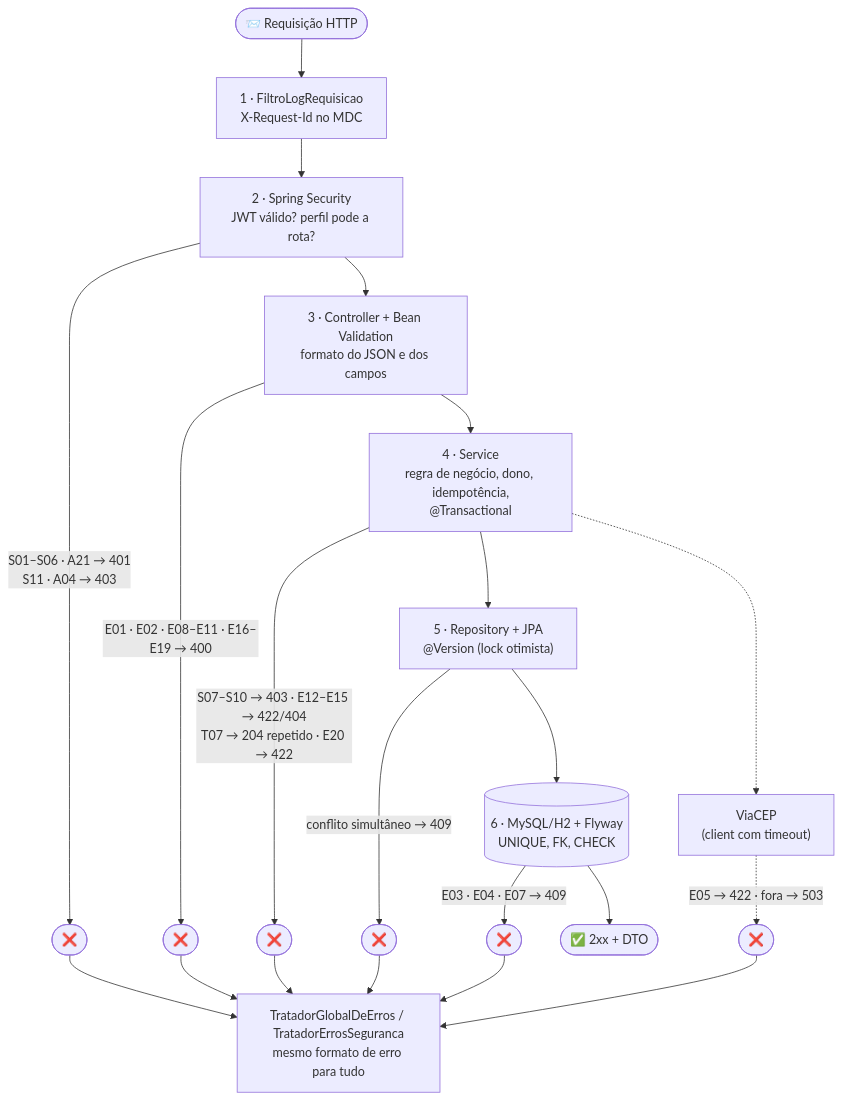
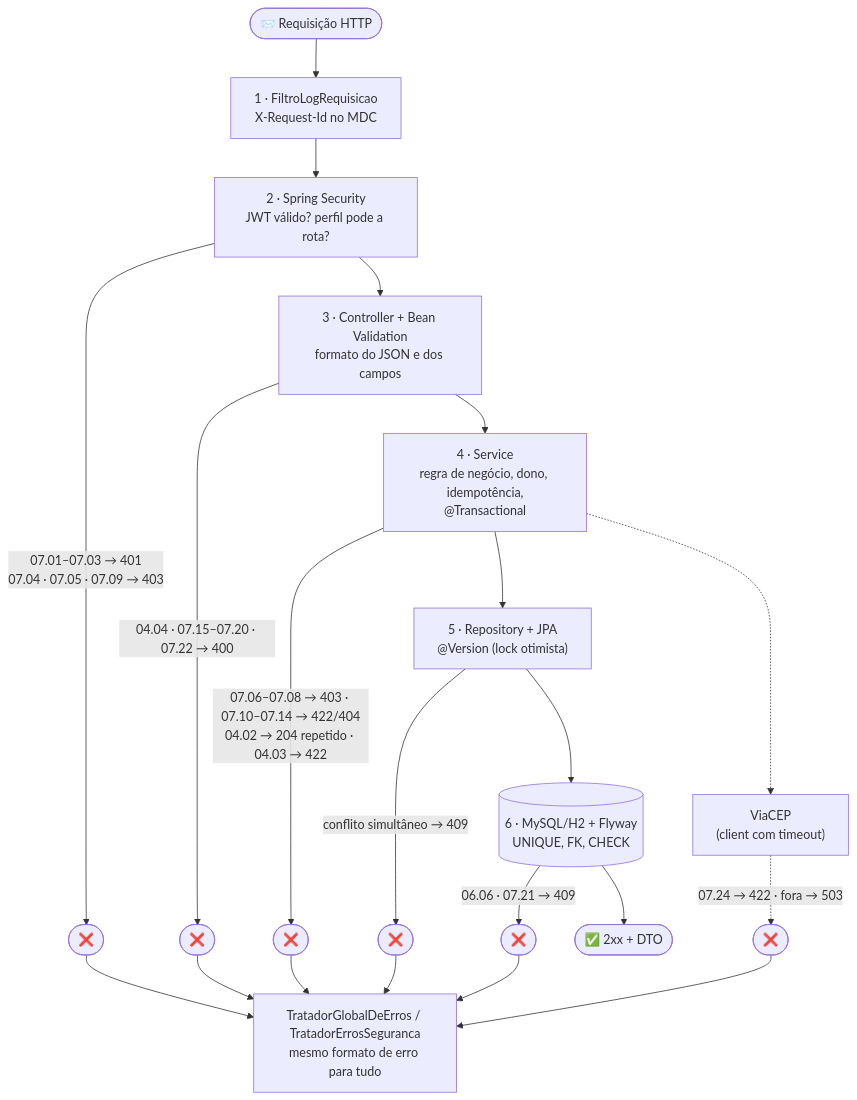
One commit to k3vinrich4rd/rkf_bank changed the second of 2 diagrams in backend/README_TESTES_E2E.md. Above: the diagram before and after it, drawn with Mermaid. The commit also changed other lines of this file and 4 other files, not shown here.

````diff
--- a/backend/README_TESTES_E2E.md
+++ b/backend/README_TESTES_E2E.md
@@ -4737,17 +3518,17 @@
 ```mermaid
 flowchart TB
     REQ(["📨 Requisição HTTP"]) --> F1
     F1["1 · FiltroLogRequisicao<br/>X-Request-Id no MDC"] --> F2
-    F2["2 · Spring Security<br/>JWT válido? perfil pode a rota?"] -->|"S01–S06 · A21 → 401<br/>S11 · A04 → 403"| X1(["❌"])
+    F2["2 · Spring Security<br/>JWT válido? perfil pode a rota?"] -->|"07.01–07.03 → 401<br/>07.04 · 07.05 · 07.09 → 403"| X1(["❌"])
     F2 --> F3
-    F3["3 · Controller + Bean Validation<br/>formato do JSON e dos campos"] -->|"E01 · E02 · E08–E11 · E16–E19 → 400"| X2(["❌"])
+    F3["3 · Controller + Bean Validation<br/>formato do JSON e dos campos"] -->|"04.04 · 07.15–07.20 · 07.22 → 400"| X2(["❌"])
     F3 --> F4
-    F4["4 · Service<br/>regra de negócio, dono, idempotência,<br/>@Transactional"] -->|"S07–S10 → 403 · E12–E15 → 422/404<br/>T07 → 204 repetido · E20 → 422"| X3(["❌"])
+    F4["4 · Service<br/>regra de negócio, dono, idempotência,<br/>@Transactional"] -->|"07.06–07.08 → 403 · 07.10–07.14 → 422/404<br/>04.02 → 204 repetido · 04.03 → 422"| X3(["❌"])
     F4 --> F5
     F5["5 · Repository + JPA<br/>@Version (lock otimista)"] -->|"conflito simultâneo → 409"| X4(["❌"])
     F5 --> F6
-    F6[("6 · MySQL/H2 + Flyway<br/>UNIQUE, FK, CHECK")] -->|"E03 · E04 · E07 → 409"| X5(["❌"])
-    F4 -.-> V["ViaCEP<br/>(client com timeout)"] -.->|"E05 → 422 · fora → 503"| X6(["❌"])
+    F6[("6 · MySQL/H2 + Flyway<br/>UNIQUE, FK, CHECK")] -->|"06.06 · 07.21 → 409"| X5(["❌"])
+    F4 -.-> V["ViaCEP<br/>(client com timeout)"] -.->|"07.24 → 422 · fora → 503"| X6(["❌"])
     X1 & X2 & X3 & X4 & X5 & X6 --> EH["TratadorGlobalDeErros / TratadorErrosSeguranca<br/>mesmo formato de erro para tudo"]
     F6 --> OK(["✅ 2xx + DTO"])
 ```
````
